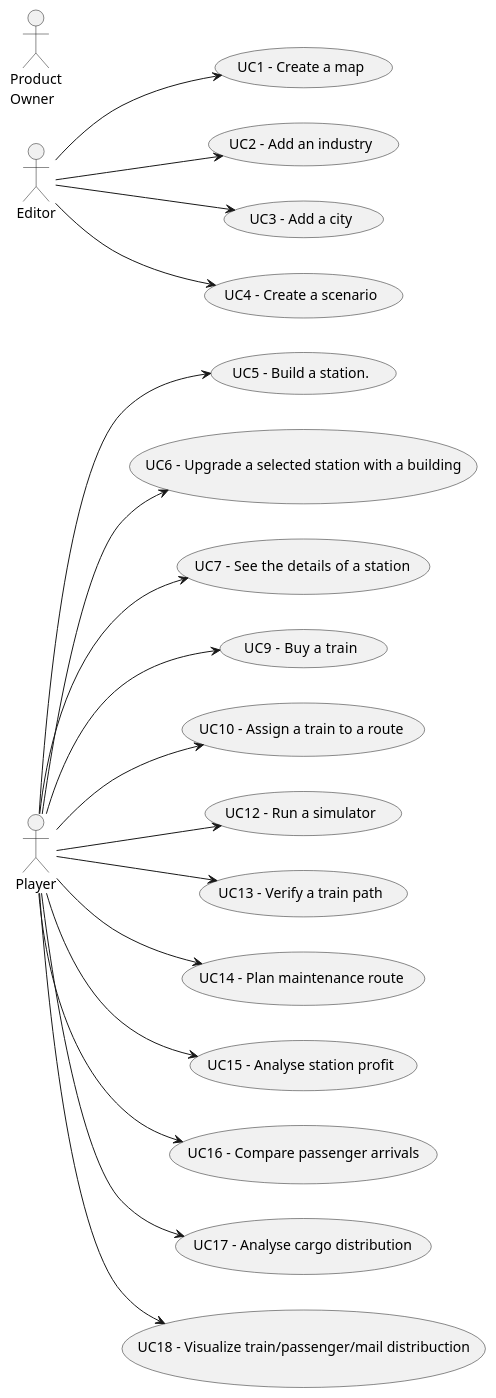
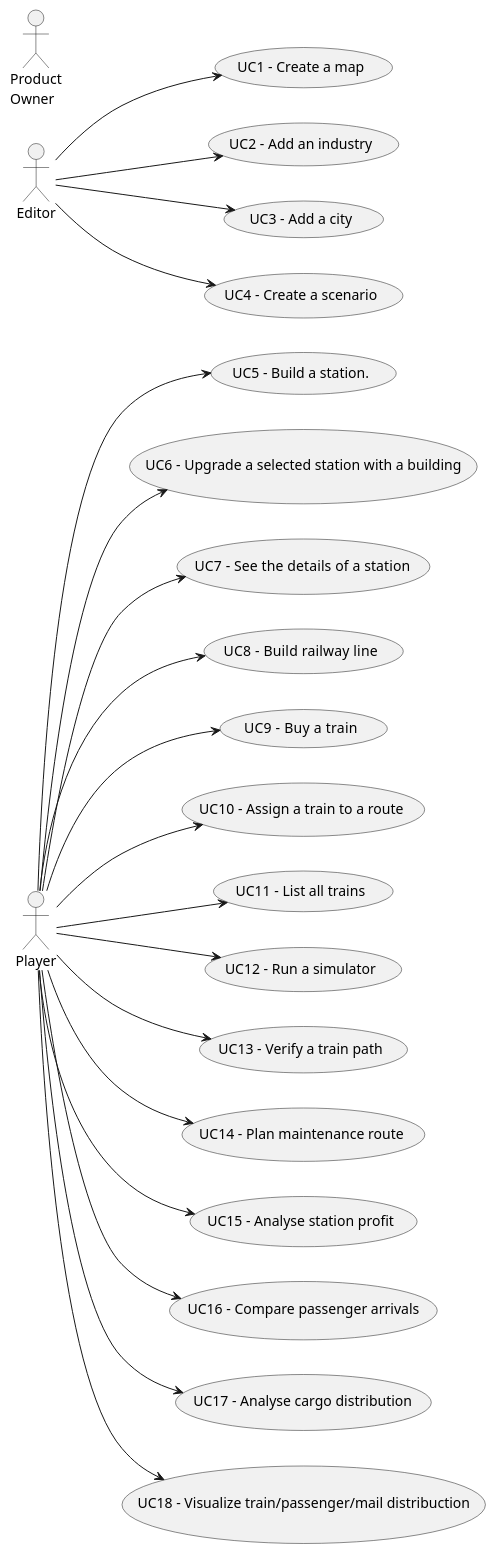
The diagram in docs/system-documentation/global-artifacts/01.requirements-engineering/puml/UCD.puml (bruno-monteiro5/sem2-pi-24.25-g132-repo), drawn with PlantUML before and after one commit.

```diff
--- a/docs/system-documentation/global-artifacts/01.requirements-engineering/puml/UCD.puml
+++ b/docs/system-documentation/global-artifacts/01.requirements-engineering/puml/UCD.puml
@@ -1,70 +1,75 @@
 @startuml
 'skinparam monochrome true
 skinparam packageStyle rectangle
 'skinparam shadowing false
 
 
 'title Use Case Diagram Example
 
 left to right direction
 
 'rectangle "System Actors" as actors {
     actor "Player" as Player
     actor "Editor" as Editor
     actor "Product\nOwner" as Owner
 '}
 
 'rectangle "Use Cases" as usecases{
     usecase "UC1 - Create a map" as UC1
     Editor --> UC1
 
     usecase "UC2 - Add an industry" as UC2
     Editor --> UC2
 
     usecase "UC3 - Add a city" as UC3
     Editor --> UC3
 
     usecase "UC4 - Create a scenario" as UC4
     Editor --> UC4
 
     usecase "UC5 - Build a station." as UC5
     Player --> UC5
 
     usecase "UC6 - Upgrade a selected station with a building" as UC6
     Player --> UC6
 
     usecase "UC7 -  See the details of a station" as UC7
     Player --> UC7
 
+    usecase "UC8 -  Build railway line" as UC8
+    Player --> UC8
+
     usecase "UC9 -  Buy a train" as UC9
     Player --> UC9
 
     usecase "UC10 - Assign a train to a route" as UC10
     Player --> UC10
 
+    usecase "UC11 - List all trains" as UC11
+    Player --> UC11
 
     usecase "UC12 - Run a simulator" as UC12
     "Player" --> UC12
 
     usecase "UC13 - Verify a train path" as UC13
     "Player" --> UC13
 
     usecase "UC14 - Plan maintenance route" as UC14
     "Player" --> UC14
 
     usecase "UC15 - Analyse station profit" as UC15
     "Player" --> UC15
 
     usecase "UC16 - Compare passenger arrivals" as UC16
     "Player" --> UC16
 
     usecase "UC17 - Analyse cargo distribution" as UC17
     "Player" --> UC17
 
     usecase "UC18 - Visualize train/passenger/mail distribuction" as UC18
     "Player" --> UC18
 
 '}
 
 
 @enduml
```
